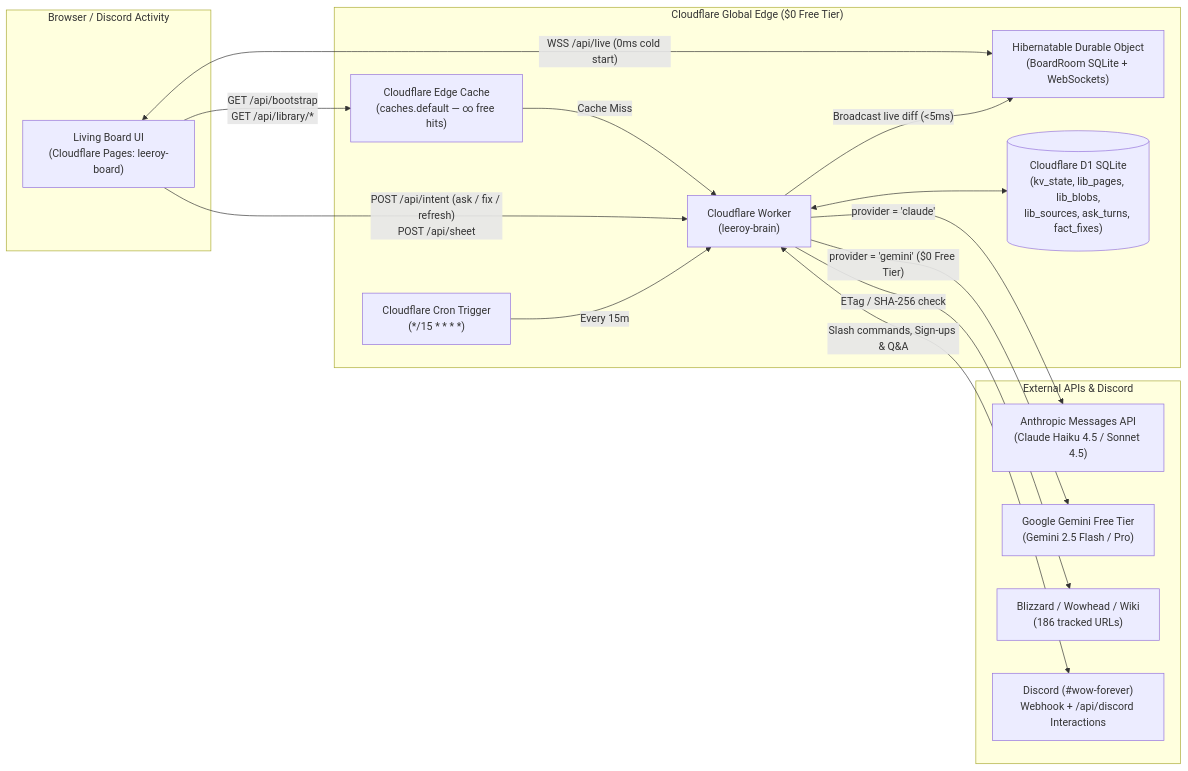
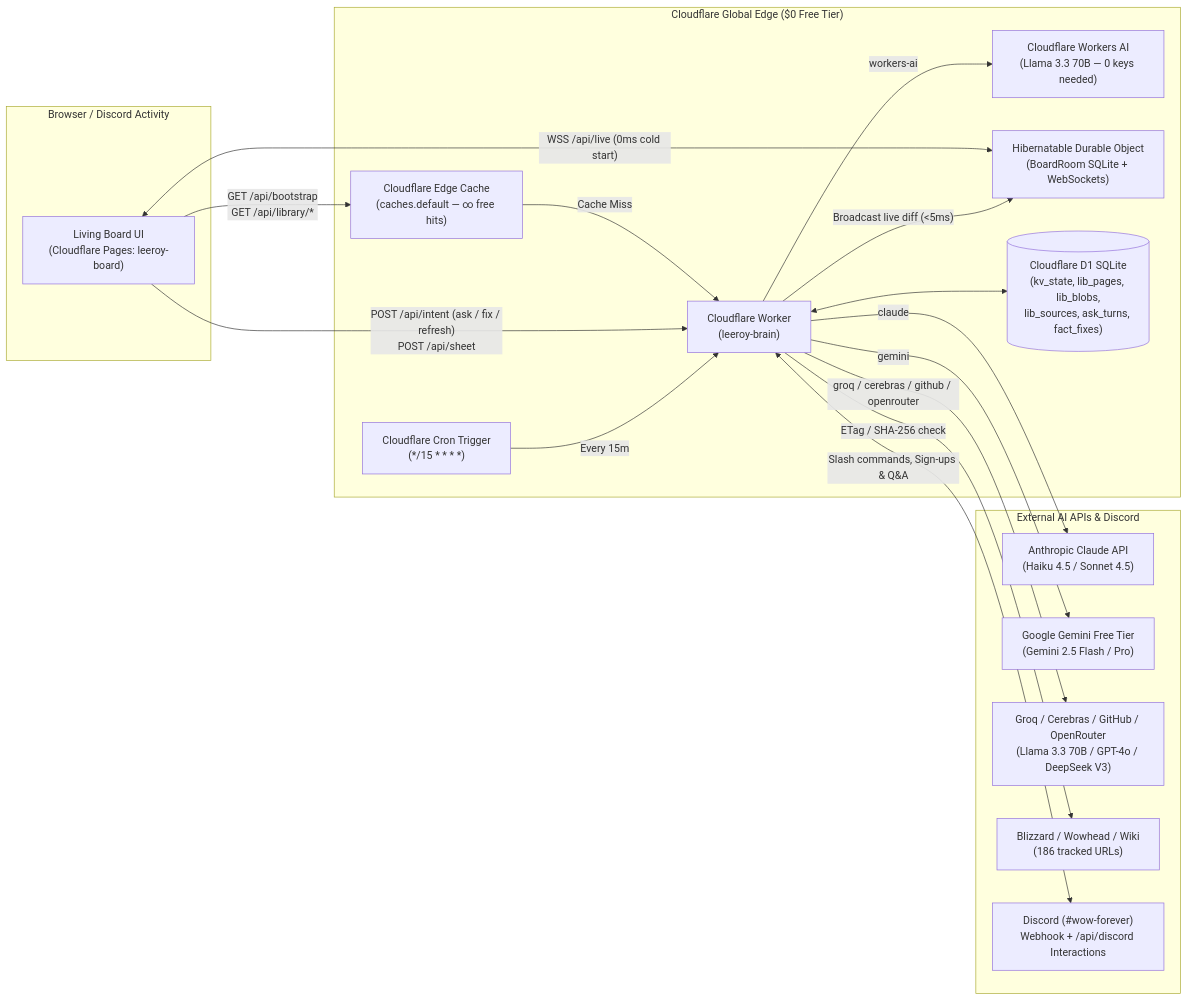
One commit to Matt-Bloise/leeroy-board changed the diagram in infrastructure/README.md. Above: the diagram before and after it, drawn with Mermaid. The commit also changed other lines of this file and 8 other files, not shown here.

Commit message:
feat: rename claude.js to ai-models.js and add Workers AI, Groq, Cerebras, GitHub Models, and OpenRouter free tiers

````diff
--- a/infrastructure/README.md
+++ b/infrastructure/README.md
@@ -9,33 +9,37 @@
 ```mermaid
 flowchart LR
   subgraph Client["Browser / Discord Activity"]
     UI["Living Board UI\n(Cloudflare Pages: leeroy-board)"]
   end
 
   subgraph Edge["Cloudflare Global Edge ($0 Free Tier)"]
     Cache["Cloudflare Edge Cache\n(caches.default — ∞ free hits)"]
     Worker["Cloudflare Worker\n(leeroy-brain)"]
+    WAI["Cloudflare Workers AI\n(Llama 3.3 70B — 0 keys needed)"]
     DO["Hibernatable Durable Object\n(BoardRoom SQLite + WebSockets)"]
     D1[("Cloudflare D1 SQLite\n(kv_state, lib_pages, lib_blobs,\nlib_sources, ask_turns, fact_fixes)")]
     Cron["Cloudflare Cron Trigger\n(*/15 * * * *)"]
   end
 
-  subgraph External["External APIs & Discord"]
-    Claude["Anthropic Messages API\n(Claude Haiku 4.5 / Sonnet 4.5)"]
+  subgraph External["External AI APIs & Discord"]
+    Claude["Anthropic Claude API\n(Haiku 4.5 / Sonnet 4.5)"]
     Gemini["Google Gemini Free Tier\n(Gemini 2.5 Flash / Pro)"]
+    FreeLLMs["Groq / Cerebras / GitHub / OpenRouter\n(Llama 3.3 70B / GPT-4o / DeepSeek V3)"]
     Sources["Blizzard / Wowhead / Wiki\n(186 tracked URLs)"]
     Discord["Discord (#wow-forever)\nWebhook + /api/discord Interactions"]
   end
 
   UI -- "GET /api/bootstrap\nGET /api/library/*" --> Cache
   Cache -- "Cache Miss" --> Worker
   Worker <--> D1
   UI <-->|"WSS /api/live (0ms cold start)"| DO
   UI -- "POST /api/intent (ask / fix / refresh)\nPOST /api/sheet" --> Worker
   Worker -- "Broadcast live diff (<5ms)" --> DO
-  Worker -- "provider = 'claude'" --> Claude
-  Worker -- "provider = 'gemini' ($0 Free Tier)" --> Gemini
+  Worker -- "workers-ai" --> WAI
+  Worker -- "claude" --> Claude
+  Worker -- "gemini" --> Gemini
+  Worker -- "groq / cerebras / github / openrouter" --> FreeLLMs
   Worker <-->|"Slash commands, Sign-ups & Q&A"| Discord
   Cron -- "Every 15m" --> Worker
   Worker -- "ETag / SHA-256 check" --> Sources
 ```
````
